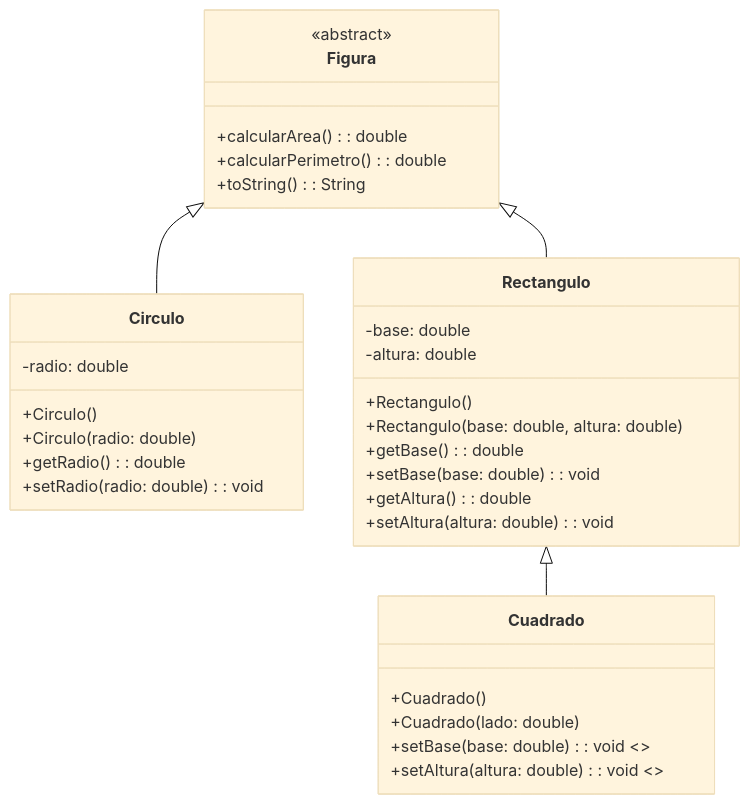
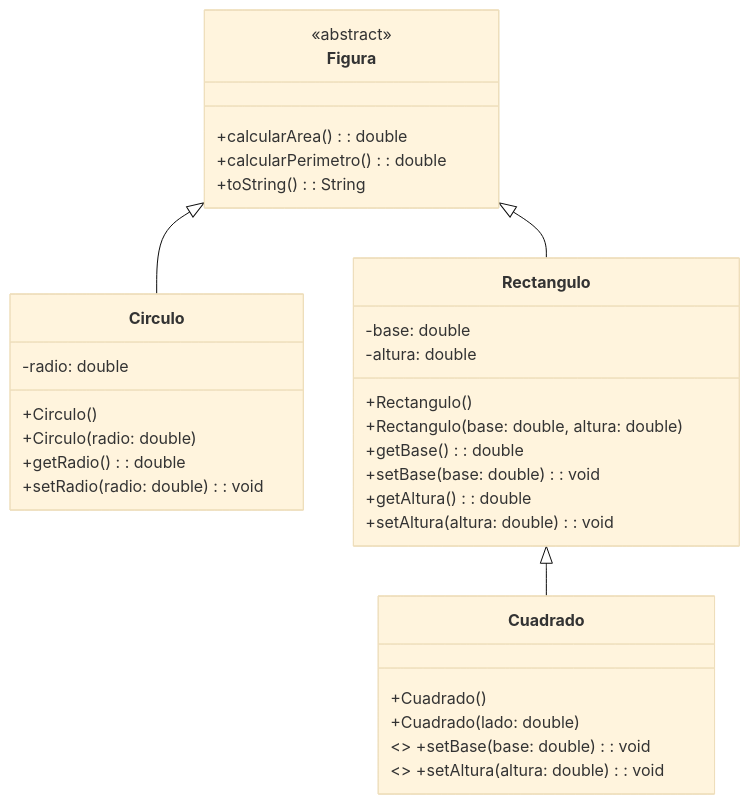
One commit to Salvador-GA/APALOO changed the diagram in 1.5 EjClaseAbstracta/README.md. Above: the diagram before and after it, drawn with Mermaid (base theme).

````diff
--- a/1.5 EjClaseAbstracta/README.md
+++ b/1.5 EjClaseAbstracta/README.md
@@ -3,39 +3,39 @@
 ```mermaid
 classDiagram
     class Figura {
         <<abstract>>
         +calcularArea(): double
         +calcularPerimetro(): double
         +toString(): String
     }
 
     class Circulo {
         -radio: double
         +Circulo()
         +Circulo(radio: double)
         +getRadio(): double
         +setRadio(radio: double): void
     }
 
     class Rectangulo {
         -base: double
         -altura: double
         +Rectangulo()
         +Rectangulo(base: double, altura: double)
         +getBase(): double
         +setBase(base: double): void
         +getAltura(): double
         +setAltura(altura: double): void
     }
 
     class Cuadrado {
         +Cuadrado()
         +Cuadrado(lado: double)
-        +setBase(base: double): void <<override>>
-        +setAltura(altura: double): void <<override>>
+        <<override>> +setBase(base: double): void
+        <<override>> +setAltura(altura: double): void
     }
 
     Figura <|-- Circulo
     Figura <|-- Rectangulo
     Rectangulo <|-- Cuadrado
 ```
````
